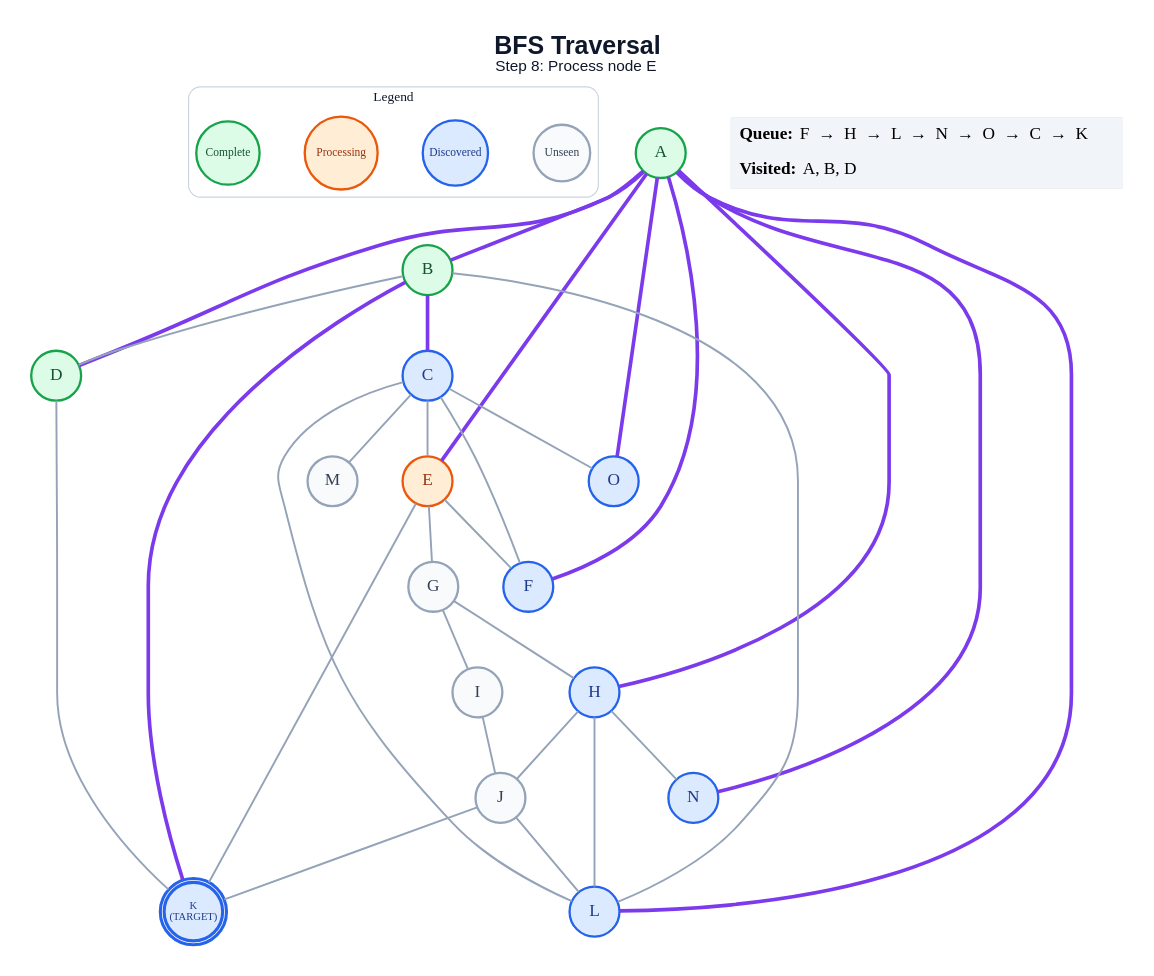
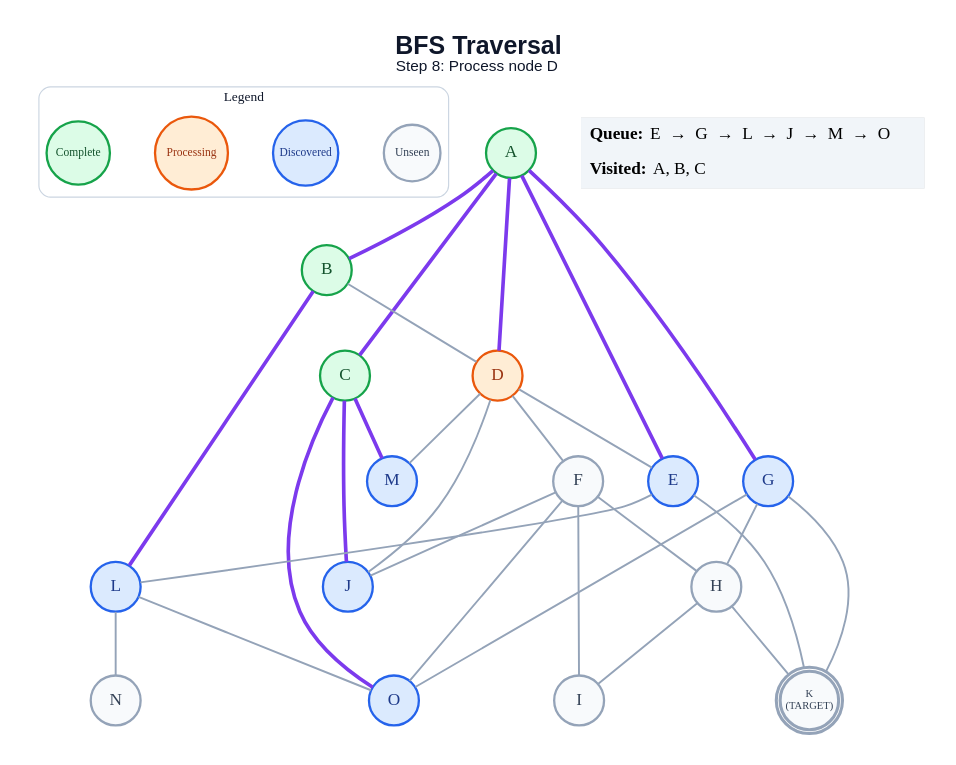
The diagram in generated/specific-node/bfs/step_08.dot (anon7238593-create/ai-slop), drawn with Graphviz before and after one commit. The commit also changed 238 other files, not shown here.

```diff
--- a/generated/specific-node/bfs/step_08.dot
+++ b/generated/specific-node/bfs/step_08.dot
@@ -1,63 +1,61 @@
 graph traversal {
   graph [layout=dot, rankdir=TB, bgcolor="#FFFFFF", pad="0.35", nodesep="0.65", ranksep="0.8", fontname="Arial"];
   node [shape=circle, style="filled", fontname="Arial Bold", fontsize=18, width=0.72, fixedsize=true, penwidth=2.4];
   edge [color="#94A3B8", penwidth=2.0];
-  label=<<B>BFS Traversal</B><BR/><FONT POINT-SIZE="16">Step 8: Process node E</FONT>>; labelloc="t"; fontsize=26; fontname="Arial"; fontcolor="#0F172A";
+  label=<<B>BFS Traversal</B><BR/><FONT POINT-SIZE="16">Step 8: Process node D</FONT>>; labelloc="t"; fontsize=26; fontname="Arial"; fontcolor="#0F172A";
   subgraph cluster_legend { label="Legend"; color="#CBD5E1"; penwidth=1.2; style="rounded"; fontsize=14; fontname="Arial Bold";
     key_unseen [label="Unseen", fillcolor="#F8FAFC", color="#94A3B8", fontcolor="#334155", fontsize=12, width=0.82];
     key_frontier [label="Discovered", fillcolor="#DBEAFE", color="#2563EB", fontcolor="#1E3A8A", fontsize=12, width=0.95];
     key_current [label="Processing", fillcolor="#FFEDD5", color="#EA580C", fontcolor="#9A3412", fontsize=12, width=1.05];
     key_done [label="Complete", fillcolor="#DCFCE7", color="#16A34A", fontcolor="#14532D", fontsize=12, width=0.92];
     { rank=same; key_unseen; key_frontier; key_current; key_done; }
   }
   A [label="A", fillcolor="#DCFCE7", color="#16A34A", fontcolor="#14532D", peripheries=1, penwidth=2.4];
   B [label="B", fillcolor="#DCFCE7", color="#16A34A", fontcolor="#14532D", peripheries=1, penwidth=2.4];
-  C [label="C", fillcolor="#DBEAFE", color="#2563EB", fontcolor="#1E3A8A", peripheries=1, penwidth=2.4];
-  D [label="D", fillcolor="#DCFCE7", color="#16A34A", fontcolor="#14532D", peripheries=1, penwidth=2.4];
-  E [label="E", fillcolor="#FFEDD5", color="#EA580C", fontcolor="#9A3412", peripheries=1, penwidth=2.4];
-  F [label="F", fillcolor="#DBEAFE", color="#2563EB", fontcolor="#1E3A8A", peripheries=1, penwidth=2.4];
-  G [label="G", fillcolor="#F8FAFC", color="#94A3B8", fontcolor="#334155", peripheries=1, penwidth=2.4];
-  H [label="H", fillcolor="#DBEAFE", color="#2563EB", fontcolor="#1E3A8A", peripheries=1, penwidth=2.4];
+  C [label="C", fillcolor="#DCFCE7", color="#16A34A", fontcolor="#14532D", peripheries=1, penwidth=2.4];
+  D [label="D", fillcolor="#FFEDD5", color="#EA580C", fontcolor="#9A3412", peripheries=1, penwidth=2.4];
+  E [label="E", fillcolor="#DBEAFE", color="#2563EB", fontcolor="#1E3A8A", peripheries=1, penwidth=2.4];
+  F [label="F", fillcolor="#F8FAFC", color="#94A3B8", fontcolor="#334155", peripheries=1, penwidth=2.4];
+  G [label="G", fillcolor="#DBEAFE", color="#2563EB", fontcolor="#1E3A8A", peripheries=1, penwidth=2.4];
+  H [label="H", fillcolor="#F8FAFC", color="#94A3B8", fontcolor="#334155", peripheries=1, penwidth=2.4];
   I [label="I", fillcolor="#F8FAFC", color="#94A3B8", fontcolor="#334155", peripheries=1, penwidth=2.4];
-  J [label="J", fillcolor="#F8FAFC", color="#94A3B8", fontcolor="#334155", peripheries=1, penwidth=2.4];
-  K [label="K\n(TARGET)", fillcolor="#DBEAFE", color="#2563EB", fontcolor="#1E3A8A", peripheries=2, penwidth=3.2, fontsize=11, width=0.85, height=0.85];
+  J [label="J", fillcolor="#DBEAFE", color="#2563EB", fontcolor="#1E3A8A", peripheries=1, penwidth=2.4];
+  K [label="K\n(TARGET)", fillcolor="#F8FAFC", color="#94A3B8", fontcolor="#334155", peripheries=2, penwidth=3.2, fontsize=11, width=0.85, height=0.85];
   L [label="L", fillcolor="#DBEAFE", color="#2563EB", fontcolor="#1E3A8A", peripheries=1, penwidth=2.4];
-  M [label="M", fillcolor="#F8FAFC", color="#94A3B8", fontcolor="#334155", peripheries=1, penwidth=2.4];
-  N [label="N", fillcolor="#DBEAFE", color="#2563EB", fontcolor="#1E3A8A", peripheries=1, penwidth=2.4];
+  M [label="M", fillcolor="#DBEAFE", color="#2563EB", fontcolor="#1E3A8A", peripheries=1, penwidth=2.4];
+  N [label="N", fillcolor="#F8FAFC", color="#94A3B8", fontcolor="#334155", peripheries=1, penwidth=2.4];
   O [label="O", fillcolor="#DBEAFE", color="#2563EB", fontcolor="#1E3A8A", peripheries=1, penwidth=2.4];
   A -- B [color="#7C3AED", penwidth=3.8];
+  A -- C [color="#7C3AED", penwidth=3.8];
   A -- D [color="#7C3AED", penwidth=3.8];
   A -- E [color="#7C3AED", penwidth=3.8];
-  A -- F [color="#7C3AED", penwidth=3.8];
-  A -- H [color="#7C3AED", penwidth=3.8];
-  A -- L [color="#7C3AED", penwidth=3.8];
-  A -- N [color="#7C3AED", penwidth=3.8];
-  A -- O [color="#7C3AED", penwidth=3.8];
-  B -- C [color="#7C3AED", penwidth=3.8];
+  A -- G [color="#7C3AED", penwidth=3.8];
   B -- D;
-  B -- K [color="#7C3AED", penwidth=3.8];
-  B -- L;
-  C -- E;
-  C -- F;
-  C -- L;
-  C -- M;
-  C -- O;
-  D -- K;
-  E -- F;
-  E -- G;
+  B -- L [color="#7C3AED", penwidth=3.8];
+  C -- J [color="#7C3AED", penwidth=3.8];
+  C -- M [color="#7C3AED", penwidth=3.8];
+  C -- O [color="#7C3AED", penwidth=3.8];
+  D -- E;
+  D -- F;
+  D -- J;
+  D -- M;
   E -- K;
+  E -- L;
+  F -- H;
+  F -- I;
+  F -- J;
+  F -- O;
   G -- H;
-  G -- I;
-  H -- J;
-  H -- L;
-  H -- N;
-  I -- J;
-  J -- K;
-  J -- L;
+  G -- K;
+  G -- O;
+  H -- I;
+  H -- K;
+  L -- N;
+  L -- O;
   status [shape=plain, fixedsize=false, width=0, height=0, margin=0, label=<
     <TABLE BORDER="0" CELLBORDER="0" CELLPADDING="7" BGCOLOR="#F1F5F9">
-      <TR><TD ALIGN="LEFT"><B>Queue:</B> F  →  H  →  L  →  N  →  O  →  C  →  K</TD></TR>
-      <TR><TD ALIGN="LEFT"><B>Visited:</B> A, B, D</TD></TR>
+      <TR><TD ALIGN="LEFT"><B>Queue:</B> E  →  G  →  L  →  J  →  M  →  O</TD></TR>
+      <TR><TD ALIGN="LEFT"><B>Visited:</B> A, B, C</TD></TR>
     </TABLE>
   >];
 }
```
